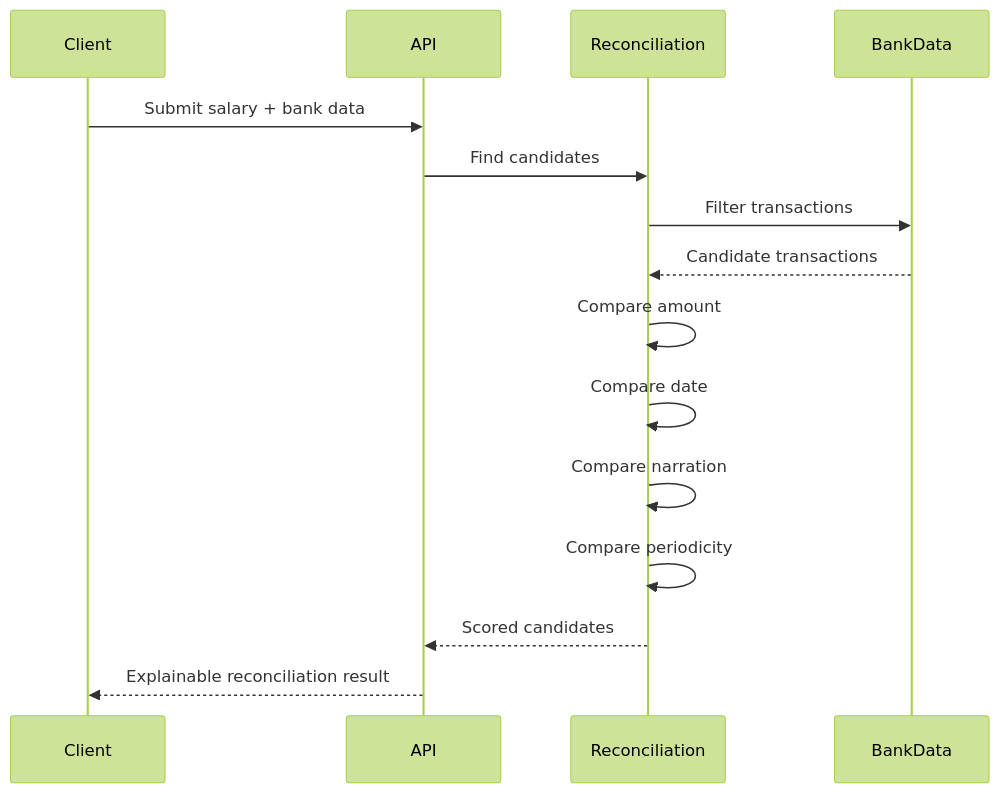
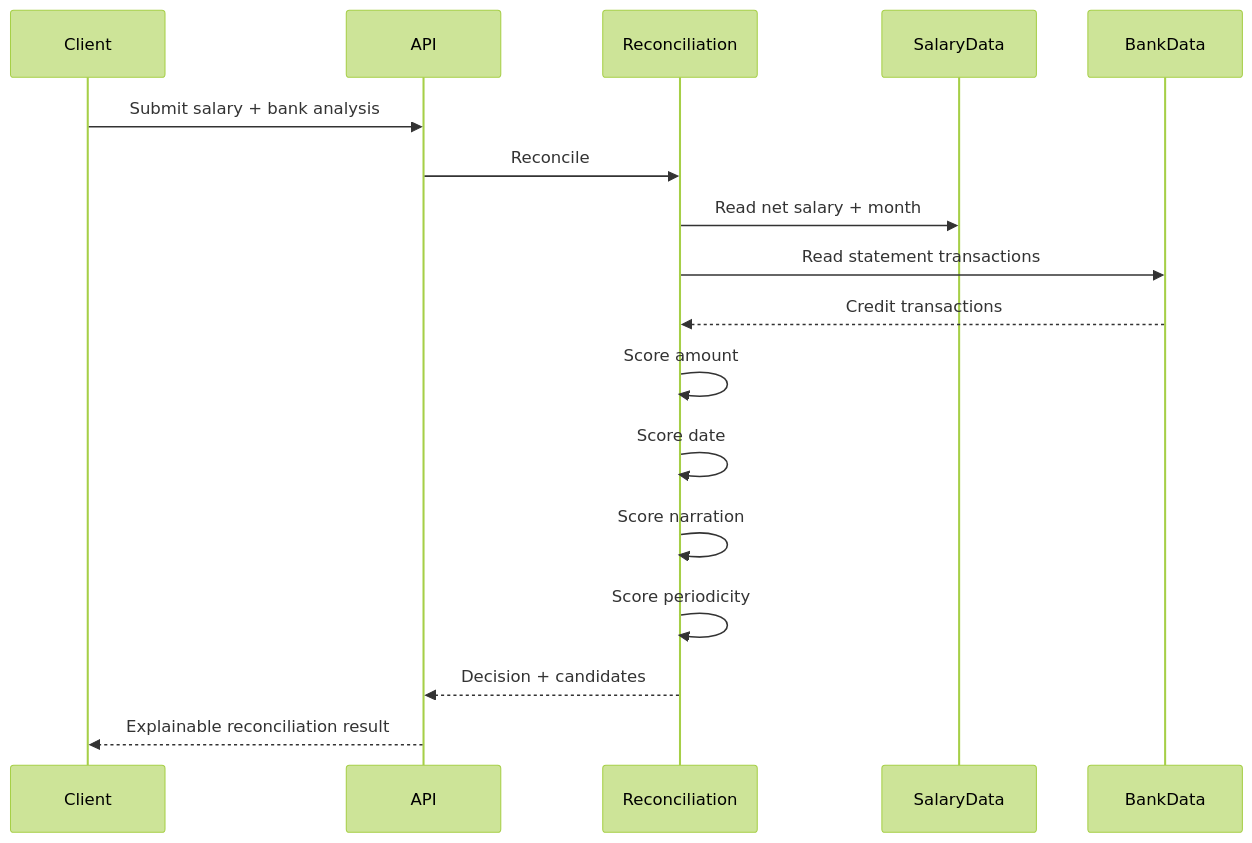
Before and after one commit to SAHILDAS/financial-document-analyzer: the third of 3 diagrams in API.md, drawn with Mermaid (forest theme). The commit also changed other lines of this file and 5 other files, not shown here.

````diff
--- a/API.md
+++ b/API.md
@@ -1704,24 +1920,20 @@
 ```mermaid
 sequenceDiagram
-
     participant Client
     participant API
     participant Reconciliation
+    participant SalaryData
     participant BankData
 
-    Client->>API: Submit salary + bank data
-
-    API->>Reconciliation: Find candidates
-    Reconciliation->>BankData: Filter transactions
-
-    BankData-->>Reconciliation: Candidate transactions
-
-    Reconciliation->>Reconciliation: Compare amount
-    Reconciliation->>Reconciliation: Compare date
-    Reconciliation->>Reconciliation: Compare narration
-    Reconciliation->>Reconciliation: Compare periodicity
-
-    Reconciliation-->>API: Scored candidates
-
+    Client->>API: Submit salary + bank analysis
+    API->>Reconciliation: Reconcile
+    Reconciliation->>SalaryData: Read net salary + month
+    Reconciliation->>BankData: Read statement transactions
+    BankData-->>Reconciliation: Credit transactions
+    Reconciliation->>Reconciliation: Score amount
+    Reconciliation->>Reconciliation: Score date
+    Reconciliation->>Reconciliation: Score narration
+    Reconciliation->>Reconciliation: Score periodicity
+    Reconciliation-->>API: Decision + candidates
     API-->>Client: Explainable reconciliation result
 ```
````
